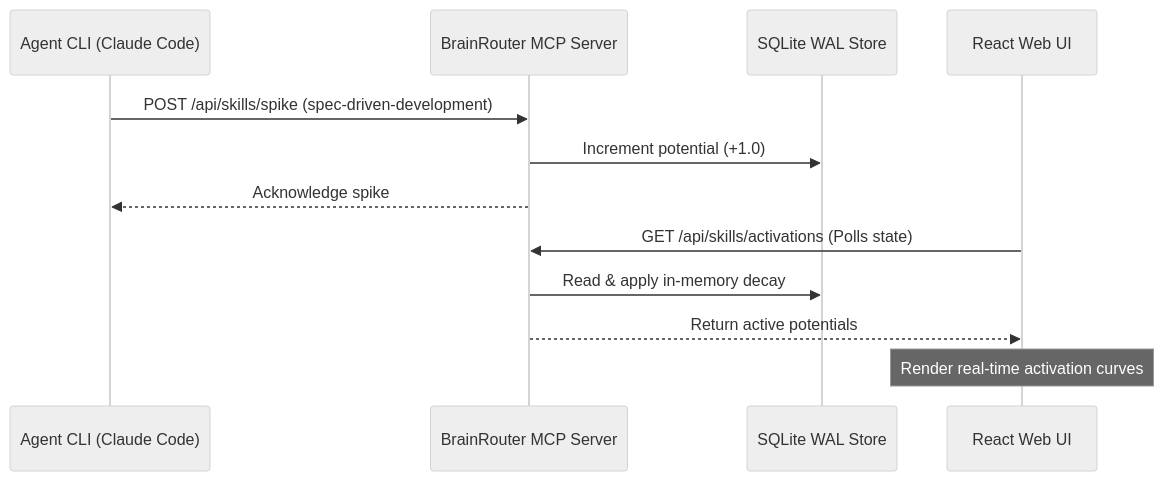
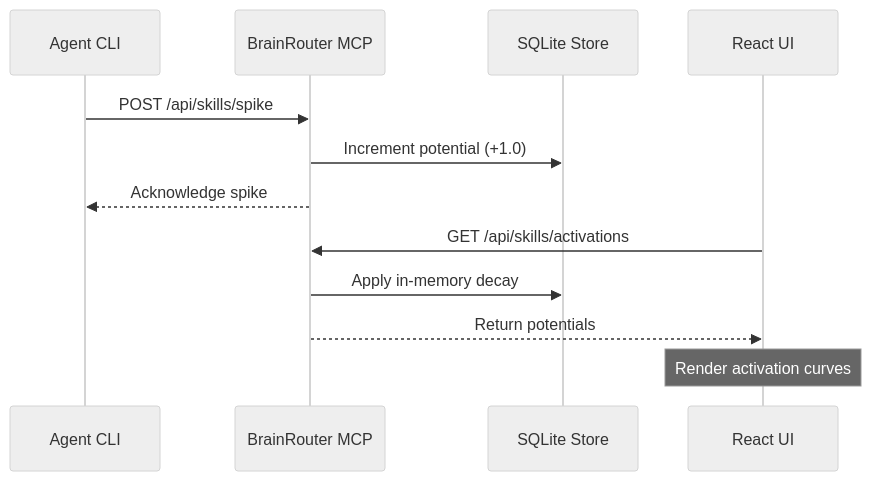
One commit to kinqsradiollc/BrainRouter changed the fourth of 4 diagrams in PRESENTATION.md. Above: the diagram before and after it, drawn with Mermaid (neutral theme). The commit also changed other lines of this file and 1 other file, not shown here.

Commit message:
docs: improve mermaid graph rendering for github dark mode and responsiveness

````diff
--- a/PRESENTATION.md
+++ b/PRESENTATION.md
@@ -109,16 +107,16 @@
 ```mermaid
 sequenceDiagram
-    participant CLI as Agent CLI (Claude Code)
-    participant Server as BrainRouter MCP Server
-    participant DB as SQLite WAL Store
-    participant Dashboard as React Web UI
+    participant CLI as Agent CLI
+    participant Server as BrainRouter MCP
+    participant DB as SQLite Store
+    participant Dashboard as React UI
 
-    CLI->>Server: POST /api/skills/spike (spec-driven-development)
+    CLI->>Server: POST /api/skills/spike
     Server->>DB: Increment potential (+1.0)
     Server-->>CLI: Acknowledge spike
     
-    Dashboard->>Server: GET /api/skills/activations (Polls state)
-    Server->>DB: Read & apply in-memory decay
-    Server-->>Dashboard: Return active potentials
-    Note over Dashboard: Render real-time activation curves
+    Dashboard->>Server: GET /api/skills/activations
+    Server->>DB: Apply in-memory decay
+    Server-->>Dashboard: Return potentials
+    Note over Dashboard: Render activation curves
 ```
````
